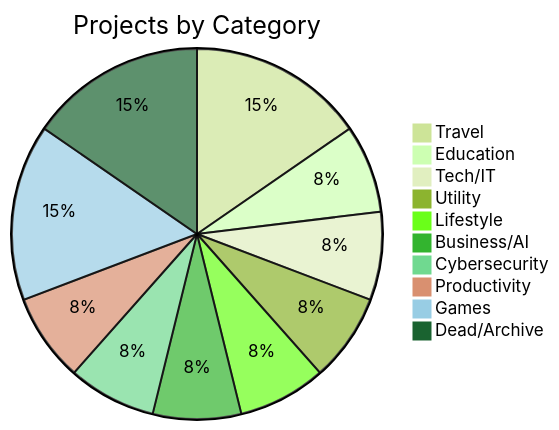
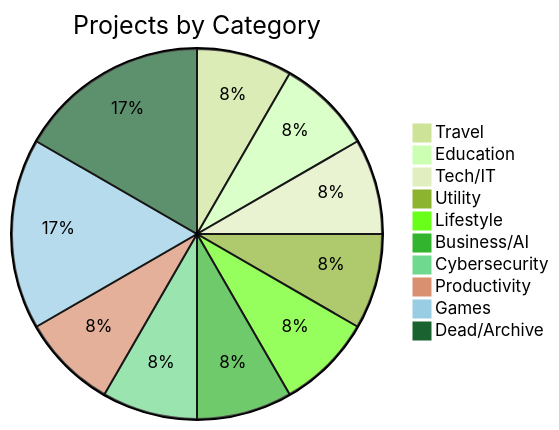
One commit to mikepitts25/VibeKeeper changed the fourth of 5 diagrams in projects-visual-tree.md. Above: the diagram before and after it, drawn with Mermaid (forest theme). The commit also changed other lines of this file and 1 other file, not shown here.

````diff
--- a/projects-visual-tree.md
+++ b/projects-visual-tree.md
@@ -104,13 +106,13 @@
 ```mermaid
 pie title Projects by Category
-    "Travel" : 2
+    "Travel" : 1
     "Education" : 1
     "Tech/IT" : 1
     "Utility" : 1
     "Lifestyle" : 1
     "Business/AI" : 1
     "Cybersecurity" : 1
     "Productivity" : 1
     "Games" : 2
     "Dead/Archive" : 2
 ```
````
